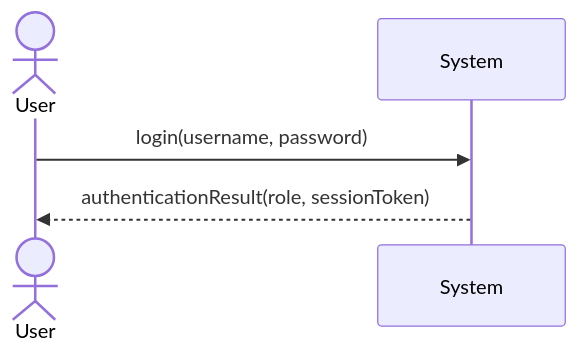
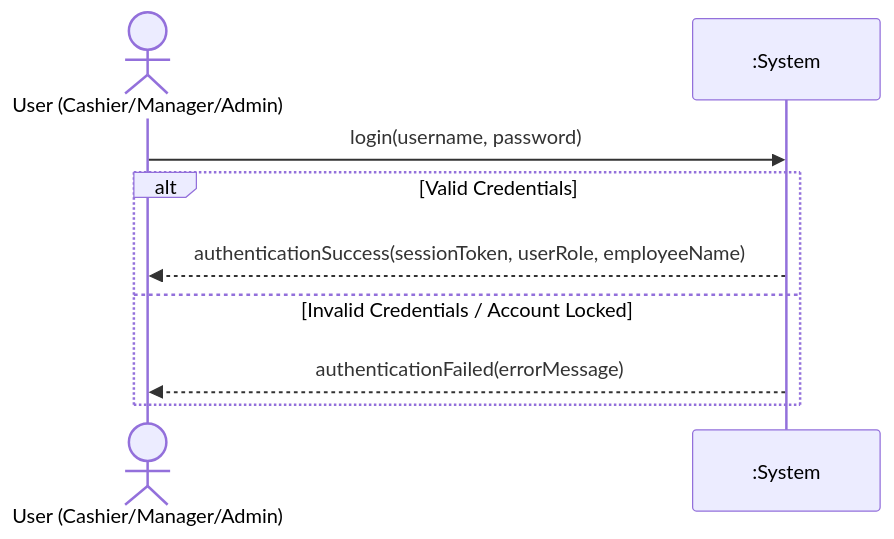
The first of 8 diagrams in docs/system_sequence_diagrams.md (bwalya-star/POS-Retail-Clothing-Store), drawn with Mermaid before and after one commit. The commit also changed other lines of this file and 15 other files, not shown here.

````diff
--- a/docs/system_sequence_diagrams.md
+++ b/docs/system_sequence_diagrams.md
@@ -11,8 +12,12 @@
 ```mermaid
 sequenceDiagram
-    actor U as User
-    participant S as System
+    actor U as User (Cashier/Manager/Admin)
+    participant S as :System
 
     U->>S: login(username, password)
-    S-->>U: authenticationResult(role, sessionToken)
+    alt Valid Credentials
+        S-->>U: authenticationSuccess(sessionToken, userRole, employeeName)
+    else Invalid Credentials / Account Locked
+        S-->>U: authenticationFailed(errorMessage)
+    end
 ```
````
